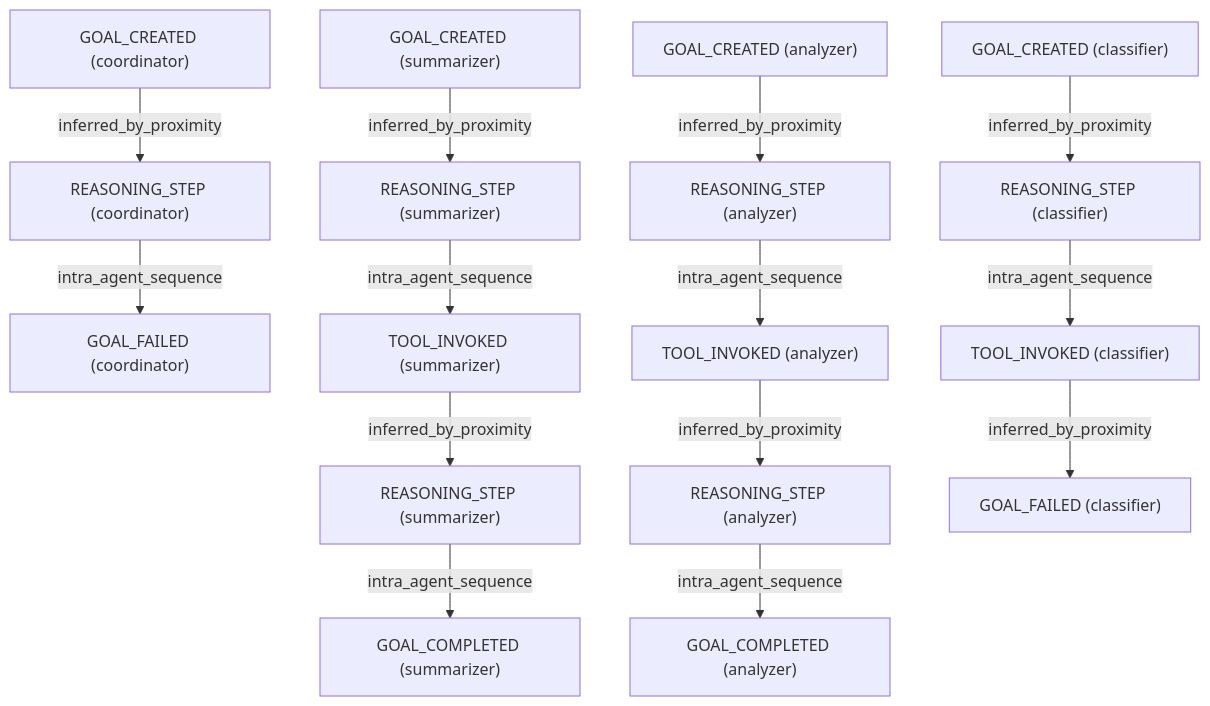
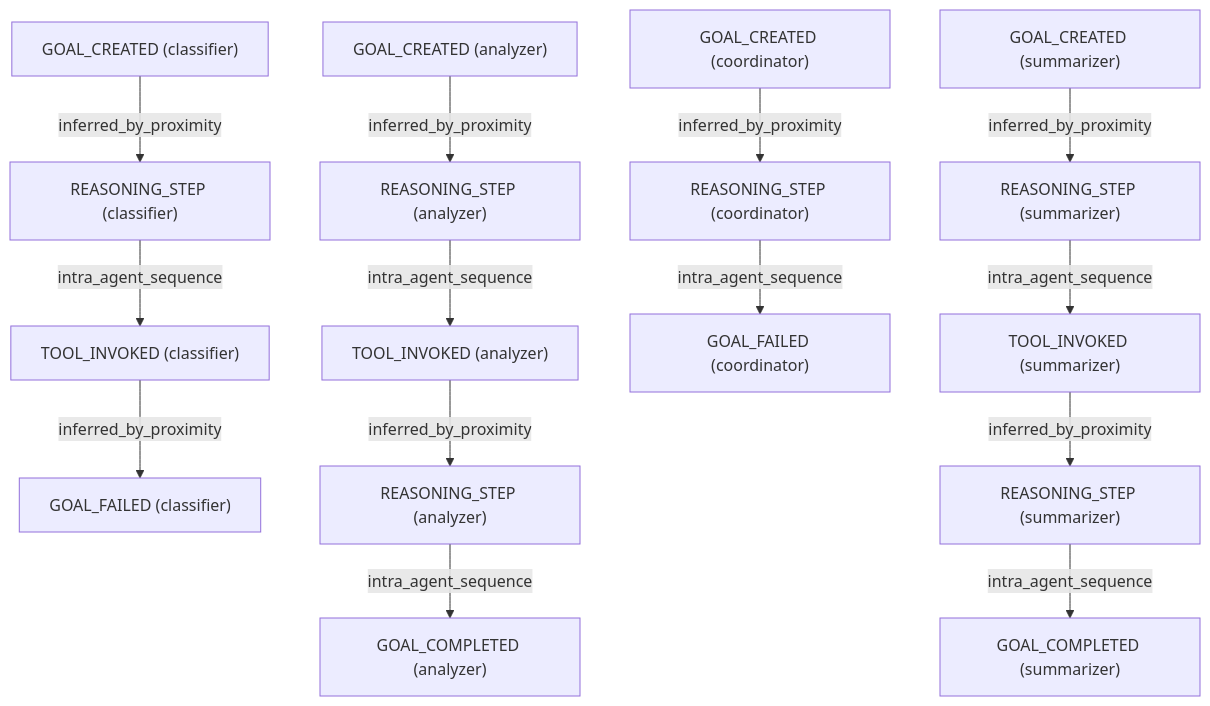
The diagram in realistic_dag.md (miltzhaw/langraph_playground), drawn with Mermaid before and after one commit. The commit also changed 7 other files, not shown here.

Commit message:
improved graphic visualization

````diff
--- a/realistic_dag.md
+++ b/realistic_dag.md
@@ -1,42 +1,42 @@
 ```mermaid
 graph TD
-    a937daa9["REASONING_STEP (coordinator)"]
-    eaa811b7["GOAL_FAILED (coordinator)"]
-    a937daa9 -->|intra_agent_sequence| eaa811b7
-    17c6f78f["GOAL_CREATED (classifier)"]
-    602658b3["REASONING_STEP (classifier)"]
-    17c6f78f -->|inferred_by_proximity| 602658b3
-    0f2505ce["REASONING_STEP (analyzer)"]
-    b7ba7ab9["TOOL_INVOKED (analyzer)"]
-    0f2505ce -->|intra_agent_sequence| b7ba7ab9
-    843bff17["REASONING_STEP (analyzer)"]
-    2f271689["GOAL_COMPLETED (analyzer)"]
-    843bff17 -->|intra_agent_sequence| 2f271689
-    1086794b["TOOL_INVOKED (summarizer)"]
-    50608bed["REASONING_STEP (summarizer)"]
-    1086794b -->|inferred_by_proximity| 50608bed
-    50608bed["REASONING_STEP (summarizer)"]
-    26706845["GOAL_COMPLETED (summarizer)"]
-    50608bed -->|intra_agent_sequence| 26706845
-    2fbecda8["TOOL_INVOKED (classifier)"]
-    b470befb["GOAL_FAILED (classifier)"]
-    2fbecda8 -->|inferred_by_proximity| b470befb
-    820e8bb4["REASONING_STEP (summarizer)"]
-    1086794b["TOOL_INVOKED (summarizer)"]
-    820e8bb4 -->|intra_agent_sequence| 1086794b
-    5969a2f7["GOAL_CREATED (summarizer)"]
-    820e8bb4["REASONING_STEP (summarizer)"]
-    5969a2f7 -->|inferred_by_proximity| 820e8bb4
-    713e6885["GOAL_CREATED (analyzer)"]
-    0f2505ce["REASONING_STEP (analyzer)"]
-    713e6885 -->|inferred_by_proximity| 0f2505ce
-    b7ba7ab9["TOOL_INVOKED (analyzer)"]
-    843bff17["REASONING_STEP (analyzer)"]
-    b7ba7ab9 -->|inferred_by_proximity| 843bff17
-    14103914["GOAL_CREATED (coordinator)"]
-    a937daa9["REASONING_STEP (coordinator)"]
-    14103914 -->|inferred_by_proximity| a937daa9
-    602658b3["REASONING_STEP (classifier)"]
-    2fbecda8["TOOL_INVOKED (classifier)"]
-    602658b3 -->|intra_agent_sequence| 2fbecda8
+    83dcb879["GOAL_CREATED (classifier)"]
+    24d02463["REASONING_STEP (classifier)"]
+    83dcb879 -->|inferred_by_proximity| 24d02463
+    b672063f["TOOL_INVOKED (classifier)"]
+    1e4cdf80["GOAL_FAILED (classifier)"]
+    b672063f -->|inferred_by_proximity| 1e4cdf80
+    a7c1f136["GOAL_CREATED (analyzer)"]
+    afcd4e5b["REASONING_STEP (analyzer)"]
+    a7c1f136 -->|inferred_by_proximity| afcd4e5b
+    49a1a3f2["TOOL_INVOKED (analyzer)"]
+    142f4c6e["REASONING_STEP (analyzer)"]
+    49a1a3f2 -->|inferred_by_proximity| 142f4c6e
+    6be1d010["REASONING_STEP (coordinator)"]
+    6d87d8a5["GOAL_FAILED (coordinator)"]
+    6be1d010 -->|intra_agent_sequence| 6d87d8a5
+    7632f665["REASONING_STEP (summarizer)"]
+    1e84ff34["GOAL_COMPLETED (summarizer)"]
+    7632f665 -->|intra_agent_sequence| 1e84ff34
+    1f7c99b1["TOOL_INVOKED (summarizer)"]
+    7632f665["REASONING_STEP (summarizer)"]
+    1f7c99b1 -->|inferred_by_proximity| 7632f665
+    afcd4e5b["REASONING_STEP (analyzer)"]
+    49a1a3f2["TOOL_INVOKED (analyzer)"]
+    afcd4e5b -->|intra_agent_sequence| 49a1a3f2
+    142f4c6e["REASONING_STEP (analyzer)"]
+    755a4578["GOAL_COMPLETED (analyzer)"]
+    142f4c6e -->|intra_agent_sequence| 755a4578
+    24d02463["REASONING_STEP (classifier)"]
+    b672063f["TOOL_INVOKED (classifier)"]
+    24d02463 -->|intra_agent_sequence| b672063f
+    3e23ae2d["GOAL_CREATED (summarizer)"]
+    bcf38584["REASONING_STEP (summarizer)"]
+    3e23ae2d -->|inferred_by_proximity| bcf38584
+    bcf38584["REASONING_STEP (summarizer)"]
+    1f7c99b1["TOOL_INVOKED (summarizer)"]
+    bcf38584 -->|intra_agent_sequence| 1f7c99b1
+    7ba38261["GOAL_CREATED (coordinator)"]
+    6be1d010["REASONING_STEP (coordinator)"]
+    7ba38261 -->|inferred_by_proximity| 6be1d010
 ```
````
